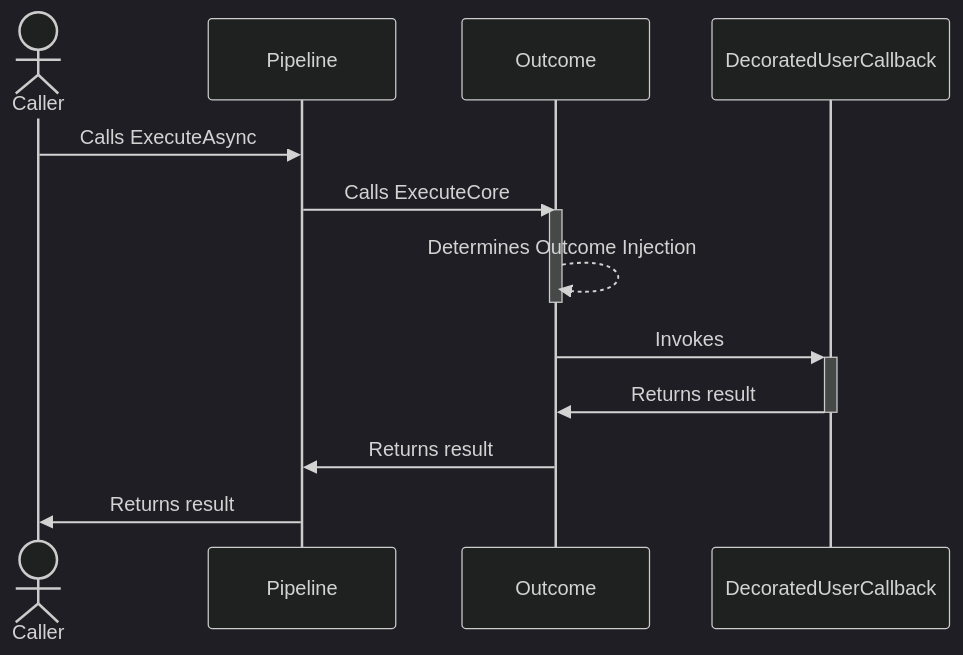
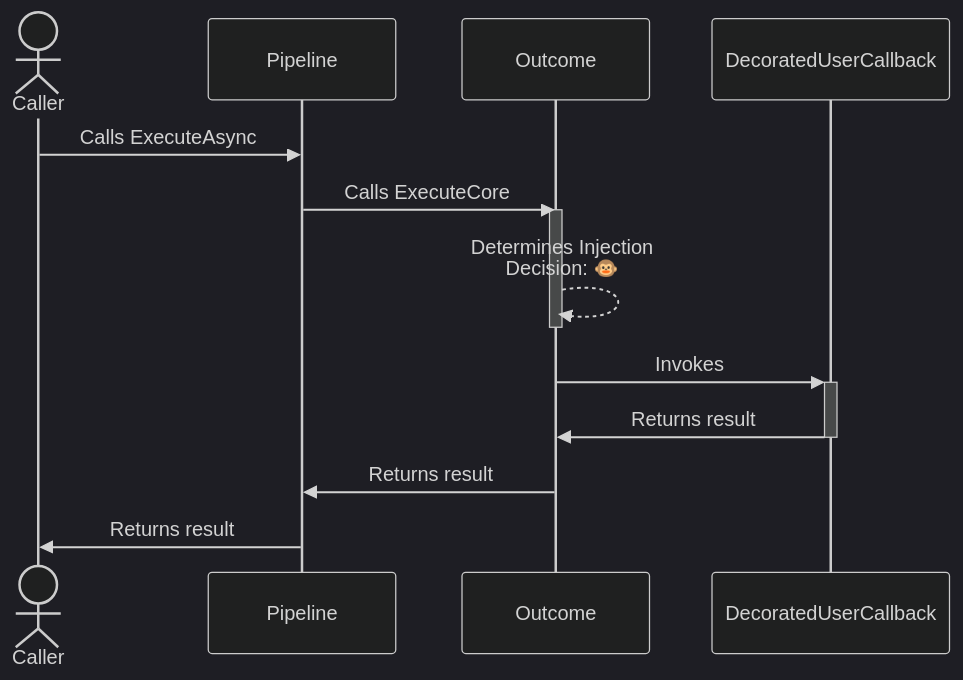
Before and after one commit to App-vNext/Polly: the first of 2 diagrams in docs/chaos/result.md, drawn with Mermaid (dark theme). The commit also changed other lines of this file and 3 other files, not shown here.

````diff
--- a/docs/chaos/result.md
+++ b/docs/chaos/result.md
@@ -105,17 +105,17 @@
 ```mermaid
 sequenceDiagram
     actor C as Caller
     participant P as Pipeline
     participant B as Outcome
     participant D as DecoratedUserCallback
 
     C->>P: Calls ExecuteAsync
     P->>B: Calls ExecuteCore
     activate B
-    B-->>B: Determines Outcome Injection
+    B-->>B: Determines Injection<br/>Decision: 🐵
     deactivate B
     B->>+D: Invokes
     D->>-B: Returns result
     B->>P: Returns result
     P->>C: Returns result
 ```
````
